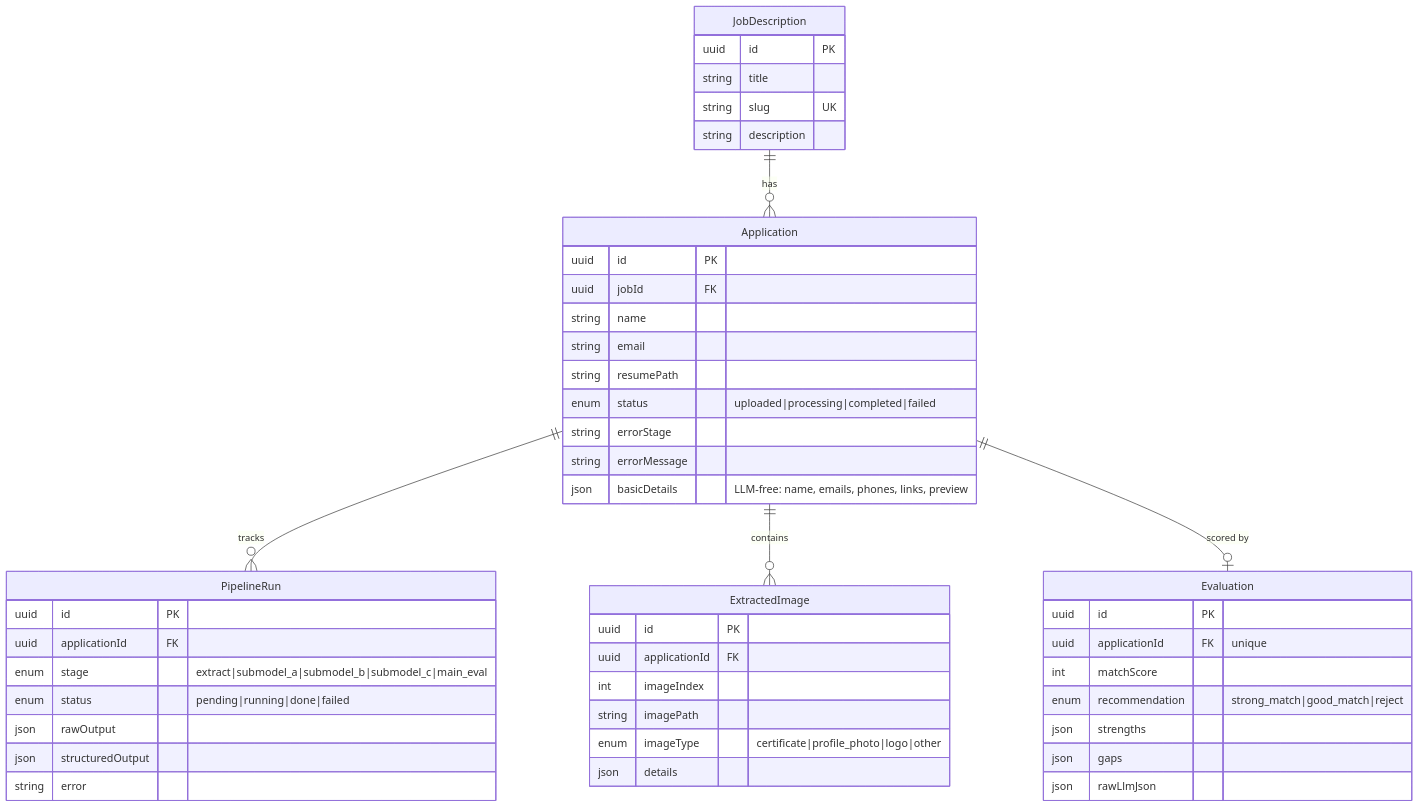
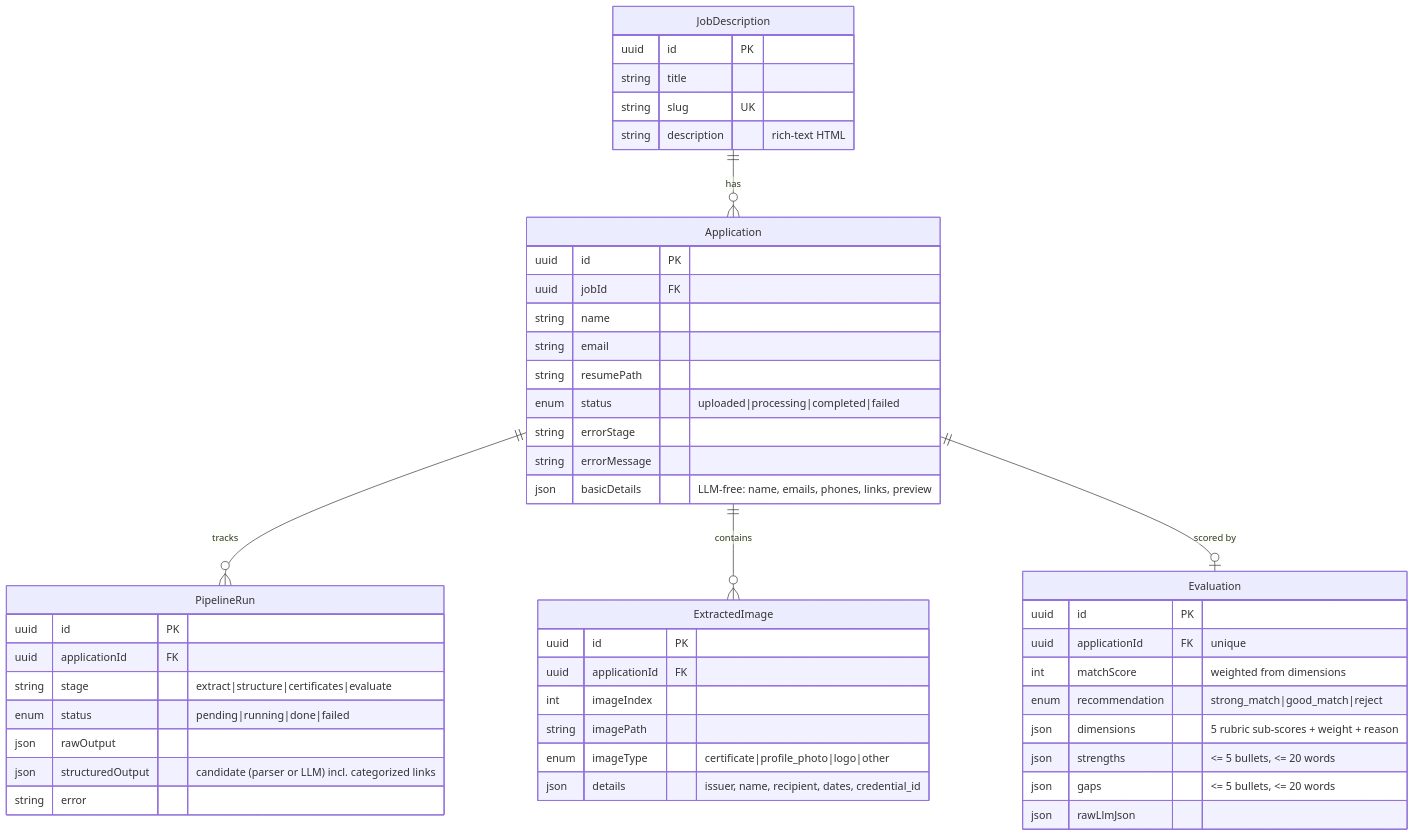
Before and after one commit to Lalit-001/ats-scorer: the fifth of 5 diagrams in docs/ARCHITECTURE.md, drawn with Mermaid. The commit also changed other lines of this file, not shown here.

Commit message:
docs: update architecture for the deterministic-first pipeline

````diff
--- a/docs/ARCHITECTURE.md
+++ b/docs/ARCHITECTURE.md
@@ -164,51 +175,52 @@
 ```mermaid
 erDiagram
   JobDescription ||--o{ Application : "has"
   Application ||--o{ PipelineRun : "tracks"
   Application ||--o{ ExtractedImage : "contains"
   Application ||--o| Evaluation : "scored by"
 
   JobDescription {
     uuid id PK
     string title
     string slug UK
-    string description
+    string description "rich-text HTML"
   }
   Application {
     uuid id PK
     uuid jobId FK
     string name
     string email
     string resumePath
     enum status "uploaded|processing|completed|failed"
     string errorStage
     string errorMessage
     json basicDetails "LLM-free: name, emails, phones, links, preview"
   }
   PipelineRun {
     uuid id PK
     uuid applicationId FK
-    enum stage "extract|submodel_a|submodel_b|submodel_c|main_eval"
+    string stage "extract|structure|certificates|evaluate"
     enum status "pending|running|done|failed"
     json rawOutput
-    json structuredOutput
+    json structuredOutput "candidate (parser or LLM) incl. categorized links"
     string error
   }
   ExtractedImage {
     uuid id PK
     uuid applicationId FK
     int imageIndex
     string imagePath
     enum imageType "certificate|profile_photo|logo|other"
-    json details
+    json details "issuer, name, recipient, dates, credential_id"
   }
   Evaluation {
     uuid id PK
     uuid applicationId FK "unique"
-    int matchScore
+    int matchScore "weighted from dimensions"
     enum recommendation "strong_match|good_match|reject"
-    json strengths
-    json gaps
+    json dimensions "5 rubric sub-scores + weight + reason"
+    json strengths "<= 5 bullets, <= 20 words"
+    json gaps "<= 5 bullets, <= 20 words"
     json rawLlmJson
   }
 ```
````
